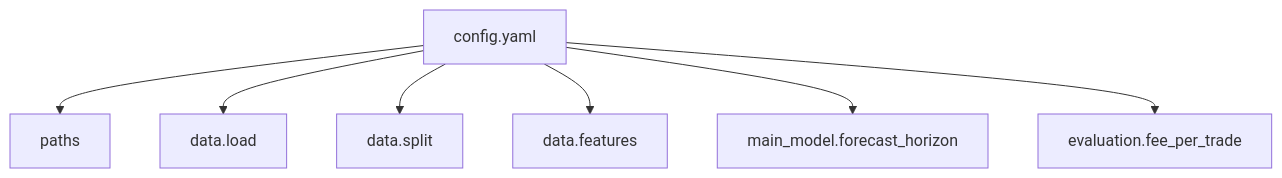
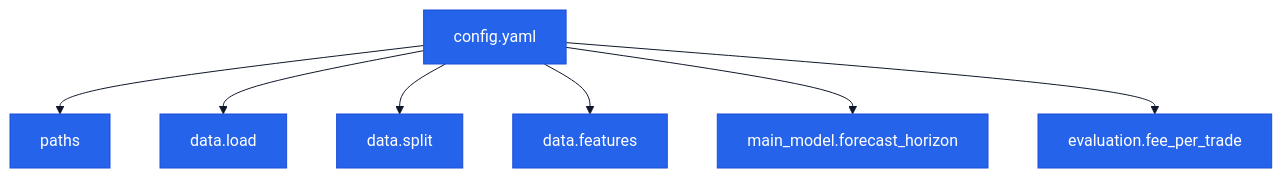
One commit to Pablo-Molla-Charlez/SecondaryModel changed the second of 2 diagrams in src/README.md. Above: the diagram before and after it, drawn with Mermaid. The commit also changed other lines of this file, not shown here.

````diff
--- a/src/README.md
+++ b/src/README.md
@@ -27,9 +31,10 @@
 ```mermaid
+%%{init: {'theme': 'base', 'themeVariables': { 'primaryColor': '#2563eb', 'primaryBorderColor': '#1d4ed8', 'primaryTextColor': '#ffffff', 'secondaryColor': '#f59e0b', 'tertiaryColor': '#dcfce7', 'lineColor': '#0f172a', 'background': '#ffffff'}}}%%
 flowchart TD
     A[config.yaml] --> B[paths]
     A --> C[data.load]
     A --> D[data.split]
     A --> E[data.features]
     A --> F[main_model.forecast_horizon]
     A --> G[evaluation.fee_per_trade]
 ```
````
